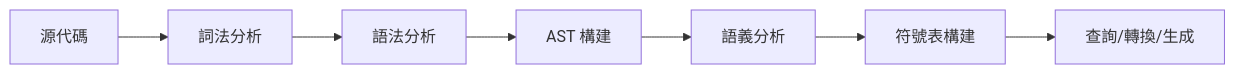
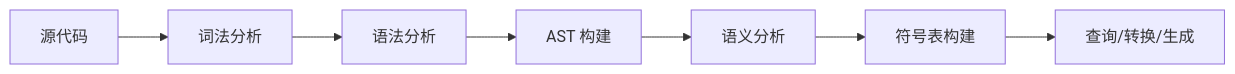
One commit to gogojaja/DevProjectTeamSkill changed the second of 2 diagrams in .trae/skills/dev-project-team-skill/skills/lsp-ast-integration/SKILL.md. Above: the diagram before and after it, drawn with Mermaid. The commit also changed other lines of this file and 69 other files, not shown here.

````diff
--- a/.trae/skills/dev-project-team-skill/skills/lsp-ast-integration/SKILL.md
+++ b/.trae/skills/dev-project-team-skill/skills/lsp-ast-integration/SKILL.md
@@ -63,9 +65,9 @@
 ```mermaid
 graph LR
-  A[源代碼] --> B[詞法分析]
-  B --> C[語法分析]
-  C --> D[AST 構建]
-  D --> E[語義分析]
-  E --> F[符號表構建]
-  F --> G[查詢/轉換/生成]
+  A[源代码] --> B[词法分析]
+  B --> C[语法分析]
+  C --> D[AST 构建]
+  D --> E[语义分析]
+  E --> F[符号表构建]
+  F --> G[查询/转换/生成]
 ```
````
